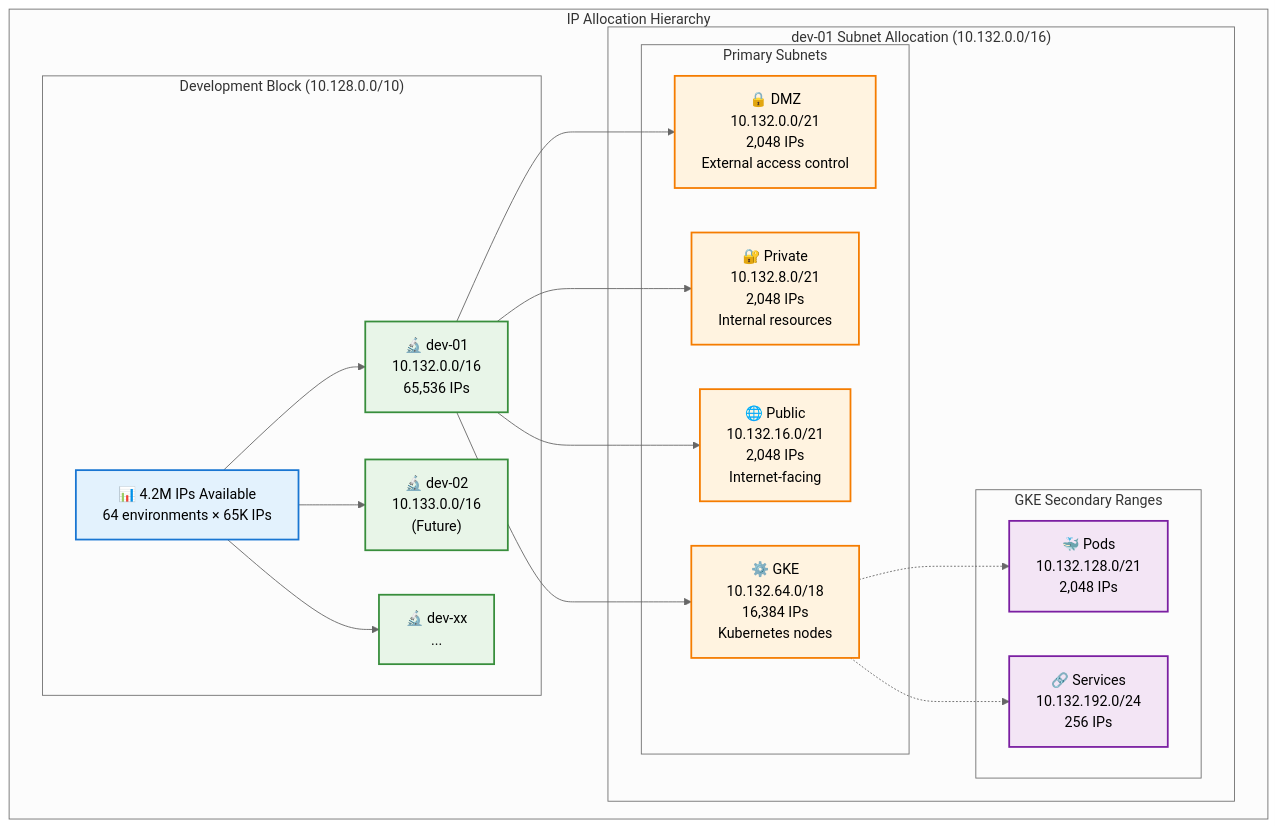
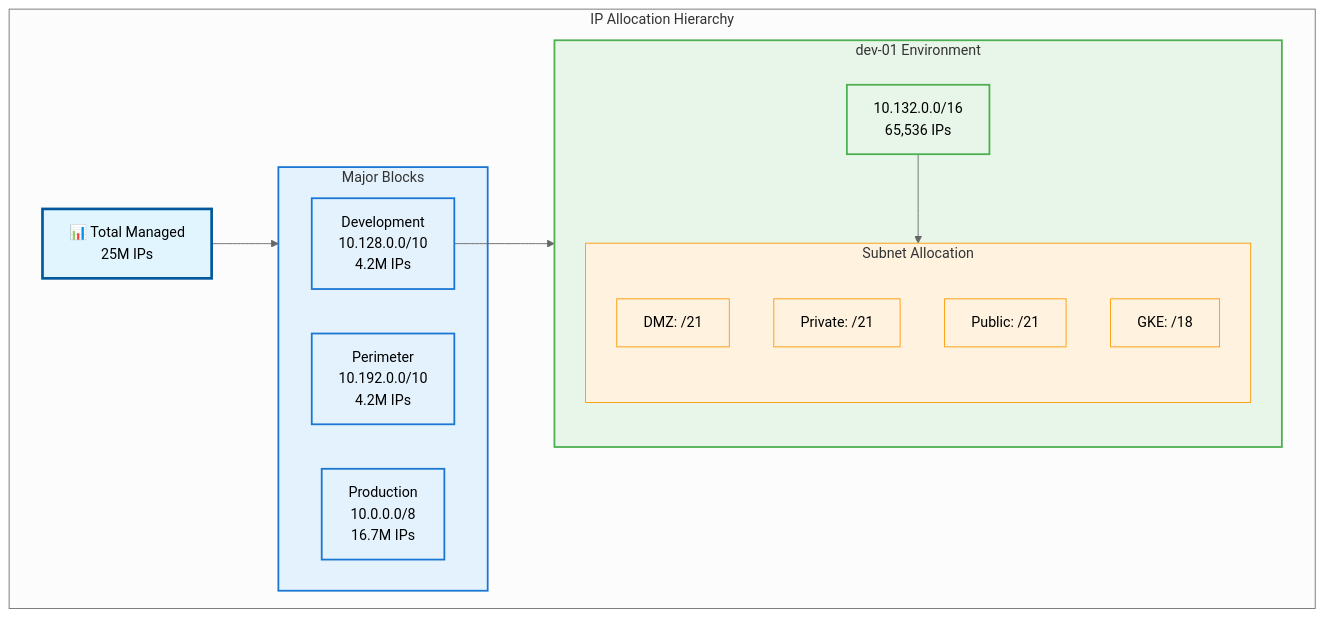
The third of 6 diagrams in docs/NETWORK_ARCHITECTURE.md (spolspol/terragrunt-gcp-org-automation), drawn with Mermaid (neutral theme) before and after one commit. The commit also changed other lines of this file and 4 other files, not shown here.

First line of the commit message:
Adds comprehensive architecture documentation

````diff
--- a/docs/NETWORK_ARCHITECTURE.md
+++ b/docs/NETWORK_ARCHITECTURE.md
@@ -478,51 +258,37 @@
 ```mermaid
 flowchart TB
     subgraph "IP Allocation Hierarchy"
-        subgraph "Development Block (10.128.0.0/10)"
-            TOTAL["📊 4.2M IPs Available<br/>64 environments × 65K IPs"]
-            
-            DEV_01["🔬 dev-01<br/>10.132.0.0/16<br/>65,536 IPs"]
-            DEV_02["🔬 dev-02<br/>10.133.0.0/16<br/>(Future)"]
-            DEV_XX["🔬 dev-xx<br/>..."]
+        TOTAL["📊 Total Managed<br/>25M IPs"]
+        
+        subgraph BLOCKS["Major Blocks"]
+            DEV_BLOCK["Development<br/>10.128.0.0/10<br/>4.2M IPs"]
+            PERIM_BLOCK["Perimeter<br/>10.192.0.0/10<br/>4.2M IPs"]
+            PROD_BLOCK["Production<br/>10.0.0.0/8<br/>16.7M IPs"]
         end
         
-        subgraph "dev-01 Subnet Allocation (10.132.0.0/16)"
-            subgraph "Primary Subnets"
-                DMZ["🔒 DMZ<br/>10.132.0.0/21<br/>2,048 IPs<br/>External access control"]
-                PRIVATE["🔐 Private<br/>10.132.8.0/21<br/>2,048 IPs<br/>Internal resources"]
-                PUBLIC["🌐 Public<br/>10.132.16.0/21<br/>2,048 IPs<br/>Internet-facing"]
-                GKE_NET["⚙️ GKE<br/>10.132.64.0/18<br/>16,384 IPs<br/>Kubernetes nodes"]
-            end
+        subgraph DEV_ENV["dev-01 Environment"]
+            DEV_01["10.132.0.0/16<br/>65,536 IPs"]
             
-            subgraph "GKE Secondary Ranges"
-                PODS["🐳 Pods<br/>10.132.128.0/21<br/>2,048 IPs"]
-                SERVICES["🔗 Services<br/>10.132.192.0/24<br/>256 IPs"]
+            subgraph SUBNETS["Subnet Allocation"]
+                DMZ_SUB["DMZ: /21"]
+                PRIV_SUB["Private: /21"]
+                PUB_SUB["Public: /21"]
+                GKE_SUB["GKE: /18"]
             end
         end
     end
     
-    %% Main hierarchy
-    TOTAL --> DEV_01
-    TOTAL --> DEV_02
-    TOTAL --> DEV_XX
+    TOTAL --> BLOCKS
+    DEV_BLOCK --> DEV_ENV
+    DEV_01 --> SUBNETS
     
-    %% dev-01 structure
-    DEV_01 --> DMZ
-    DEV_01 --> PRIVATE
-    DEV_01 --> PUBLIC
-    DEV_01 --> GKE_NET
+    classDef total fill:#E1F5FE,stroke:#01579B,stroke-width:3px
+    classDef block fill:#E3F2FD,stroke:#1976D2,stroke-width:2px
+    classDef env fill:#E8F5E9,stroke:#4CAF50,stroke-width:2px
+    classDef subnet fill:#FFF3E0,stroke:#FF9800,stroke-width:1px
     
-    %% GKE secondary ranges
-    GKE_NET -.-> PODS
-    GKE_NET -.-> SERVICES
-    
-    classDef capacity fill:#E3F2FD,stroke:#1976D2,stroke-width:2px
-    classDef environment fill:#E8F5E8,stroke:#388E3C,stroke-width:2px
-    classDef subnet fill:#FFF3E0,stroke:#F57C00,stroke-width:2px
-    classDef secondary fill:#F3E5F5,stroke:#7B1FA2,stroke-width:2px
-    
-    class TOTAL capacity
-    class DEV_01,DEV_02,DEV_XX environment
-    class DMZ,PRIVATE,PUBLIC,GKE_NET subnet
-    class PODS,SERVICES secondary
+    class TOTAL total
+    class BLOCKS,DEV_BLOCK,PERIM_BLOCK,PROD_BLOCK block
+    class DEV_ENV,DEV_01 env
+    class SUBNETS,DMZ_SUB,PRIV_SUB,PUB_SUB,GKE_SUB subnet
 ```
````
